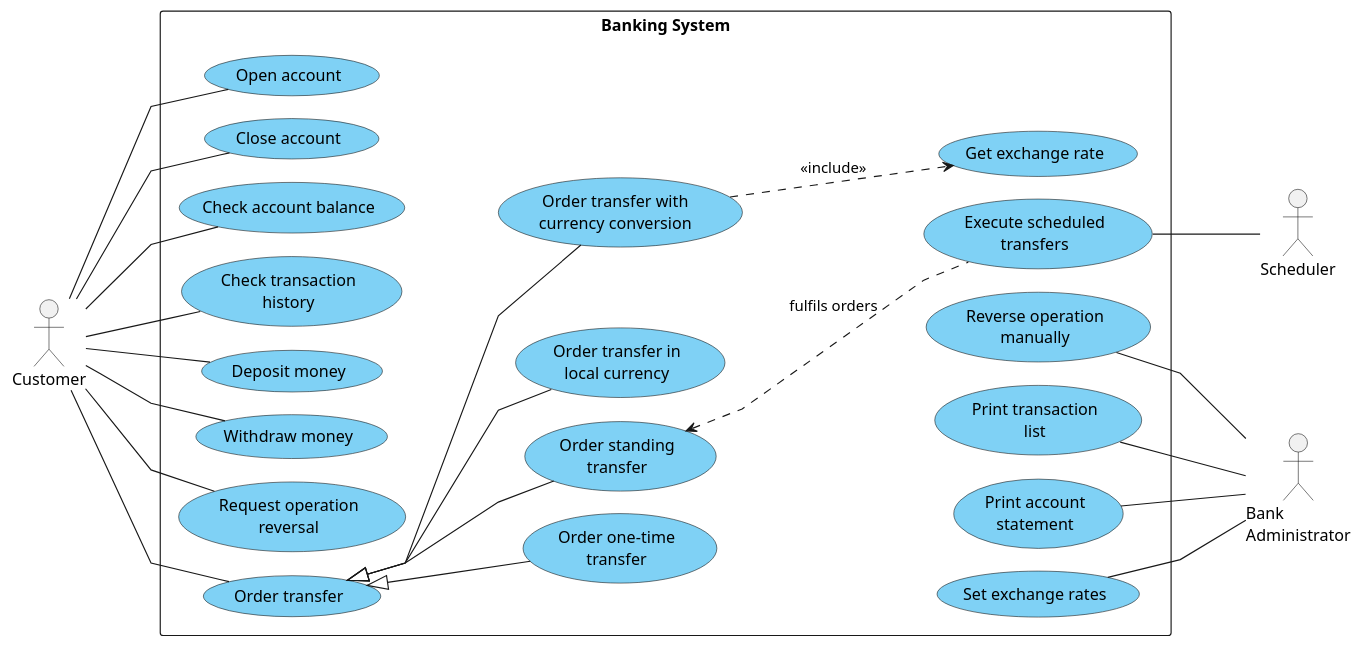
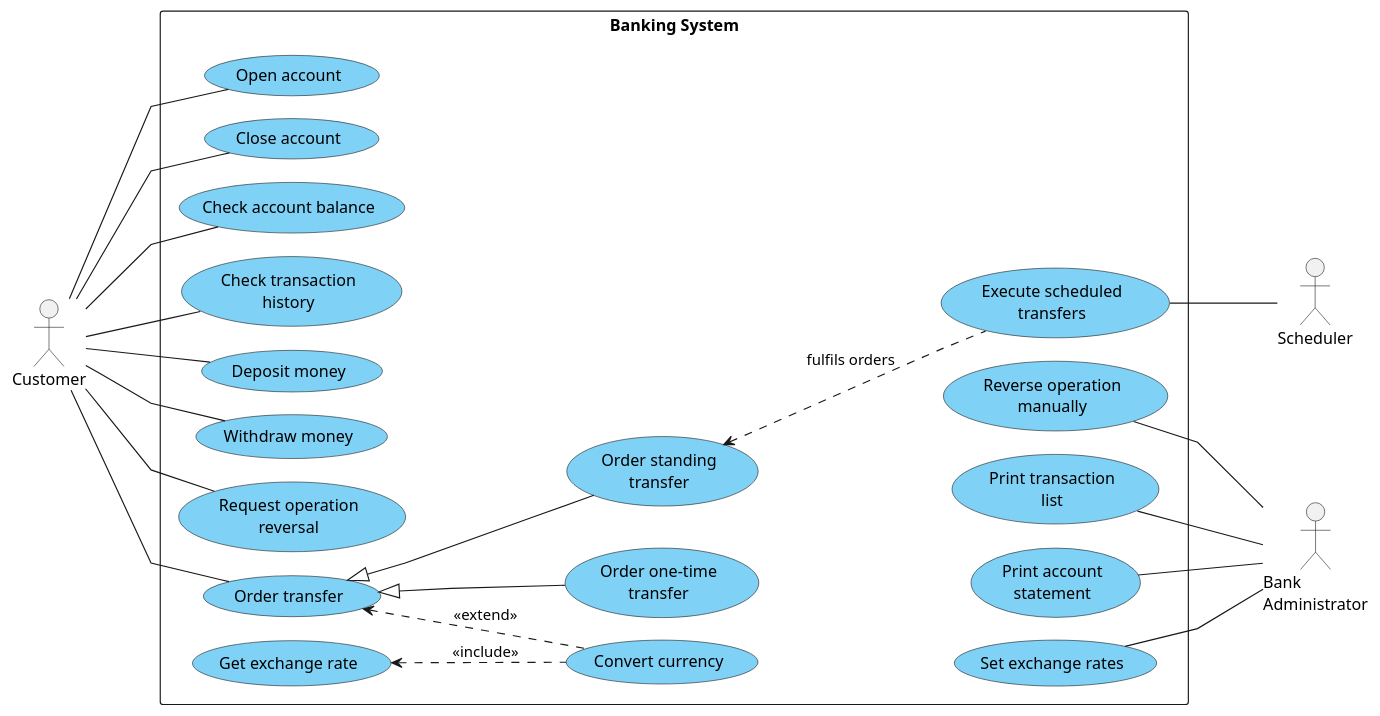
One commit to K0D1Z/software-engineering-project changed the diagram in docs/uml/use_case.puml. Above: the diagram before and after it, drawn with PlantUML. The commit also changed 1 other file, not shown here.

```diff
--- a/docs/uml/use_case.puml
+++ b/docs/uml/use_case.puml
@@ -1,66 +1,64 @@
 @startuml
 left to right direction
 skinparam linetype polyline
 skinparam nodesep 20
 skinparam ranksep 80
 skinparam usecase {
   BackgroundColor #7FD1F5
 }
 
 actor Customer
 actor "Bank\nAdministrator" as Admin
 actor Scheduler
 
 rectangle "Banking System" {
   usecase "Open account" as UC_OpenAccount
   usecase "Close account" as UC_CloseAccount
   usecase "Check account balance" as UC_AccountBalance
   usecase "Check transaction\nhistory" as UC_History
   usecase "Deposit money" as UC_Deposit
   usecase "Withdraw money" as UC_Withdraw
   usecase "Request operation\nreversal" as UC_RequestReversal
 
   usecase "Order transfer" as UC_Transfer
   usecase "Order one-time\ntransfer" as UC_OneTimeTransfer
   usecase "Order standing\ntransfer" as UC_StandingTransfer
-  usecase "Order transfer in\nlocal currency" as UC_LocalCurrencyTransfer
-  usecase "Order transfer with\ncurrency conversion" as UC_ConversionTransfer
+  usecase "Convert currency" as UC_ConversionTransfer
   usecase "Execute scheduled\ntransfers" as UC_ScheduledTransfers
   usecase "Get exchange rate" as UC_GetExchangeRate
 
   usecase "Reverse operation\nmanually" as UC_ReverseOperation
   usecase "Print transaction\nlist" as UC_PrintHistory
   usecase "Print account\nstatement" as UC_PrintStatement
   usecase "Set exchange rates" as UC_SetRates
 }
 
 Customer -- UC_OpenAccount
 Customer -- UC_CloseAccount
 Customer -- UC_AccountBalance
 Customer -- UC_History
 Customer -- UC_Deposit
 Customer -- UC_Withdraw
 Customer -- UC_RequestReversal
 Customer -- UC_Transfer
 
 UC_Transfer <|-- UC_OneTimeTransfer
 UC_Transfer <|-- UC_StandingTransfer
-UC_Transfer <|-- UC_LocalCurrencyTransfer
-UC_Transfer <|-- UC_ConversionTransfer
+UC_Transfer <.. UC_ConversionTransfer : <<extend>>
 
 UC_StandingTransfer <.. UC_ScheduledTransfers : fulfils orders
-UC_ConversionTransfer ..> UC_GetExchangeRate : <<include>>
+UC_GetExchangeRate <.. UC_ConversionTransfer : <<include>>
 
 UC_ScheduledTransfers -- Scheduler
 
 UC_ReverseOperation -- Admin
 UC_PrintHistory -- Admin
 UC_PrintStatement -- Admin
 UC_SetRates -- Admin
 
 UC_OneTimeTransfer -[hidden]- UC_ReverseOperation
 UC_OneTimeTransfer -[hidden]- UC_PrintHistory
 UC_OneTimeTransfer -[hidden]- UC_PrintStatement
 UC_OneTimeTransfer -[hidden]- UC_SetRates
 
 @enduml
```
